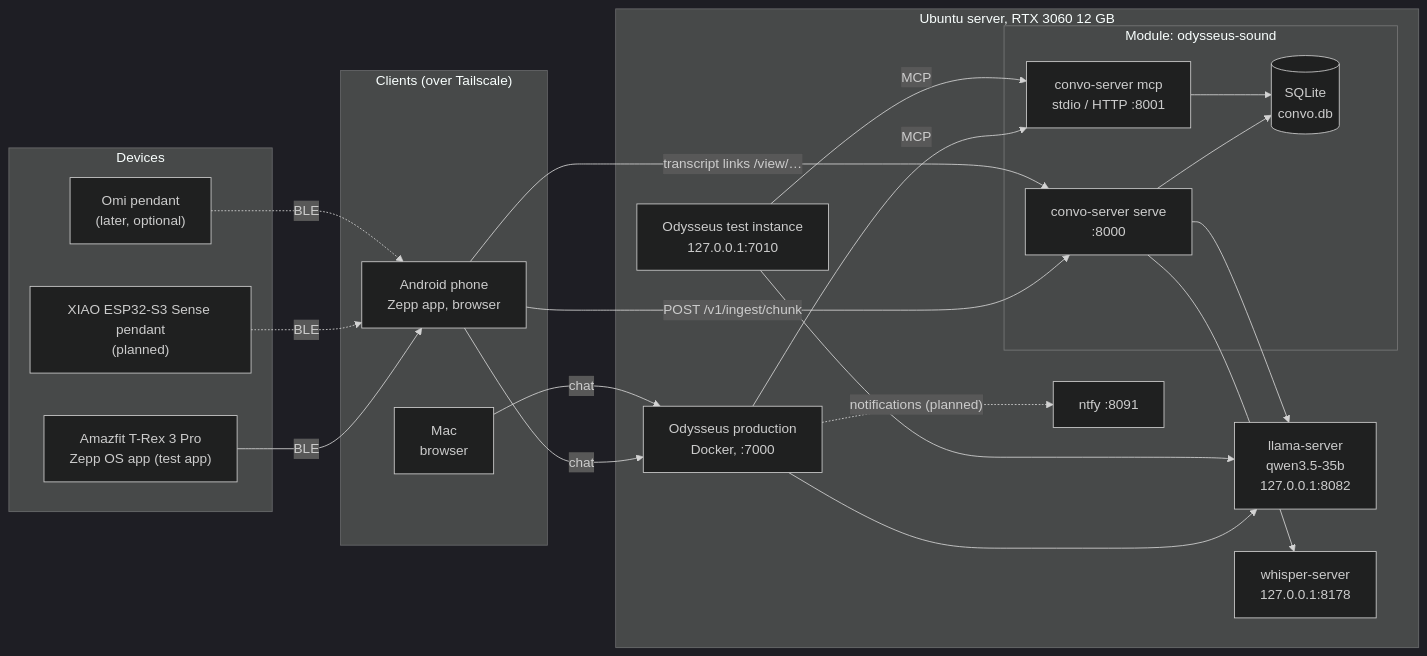
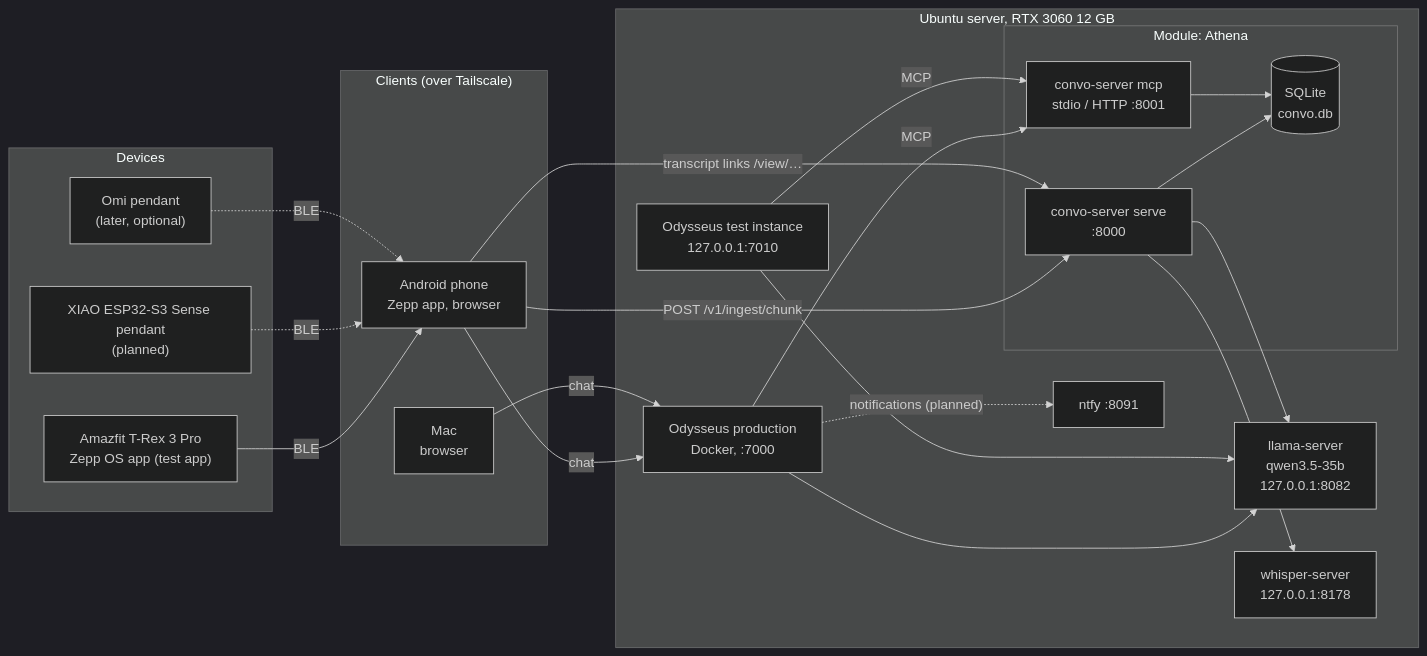
The diagram in docs/fork/architecture.md (SDarioosh/Barvis), drawn with Mermaid (dark theme) before and after one commit. The commit also changed other lines of this file and 54 other files, not shown here.

First line of the commit message:
docs(fork): call the first module Athena (formerly odysseus-sound)

````diff
--- a/docs/fork/architecture.md
+++ b/docs/fork/architecture.md
@@ -6,43 +6,43 @@
 ```mermaid
 flowchart LR
   subgraph Devices
     watch["Amazfit T-Rex 3 Pro<br/>Zepp OS app (test app)"]
     xiao["XIAO ESP32-S3 Sense pendant<br/>(planned)"]
     omi["Omi pendant<br/>(later, optional)"]
   end
 
   subgraph Clients["Clients (over Tailscale)"]
     phone["Android phone<br/>Zepp app, browser"]
     mac["Mac<br/>browser"]
   end
 
   subgraph Server["Ubuntu server, RTX 3060 12 GB"]
     testinst["Odysseus test instance<br/>127.0.0.1:7010"]
     prod["Odysseus production<br/>Docker, :7000"]
-    subgraph sound["Module: odysseus-sound"]
+    subgraph sound["Module: Athena"]
       api["convo-server serve<br/>:8000"]
       mcp["convo-server mcp<br/>stdio / HTTP :8001"]
       db[("SQLite<br/>convo.db")]
     end
     llama["llama-server<br/>qwen3.5-35b<br/>127.0.0.1:8082"]
     whisper["whisper-server<br/>127.0.0.1:8178"]
     ntfy["ntfy :8091"]
   end
 
   watch -- BLE --> phone
   xiao -. BLE .-> phone
   omi -. BLE .-> phone
   phone -- "POST /v1/ingest/chunk" --> api
   api --> whisper
   api --> llama
   api --> db
   mcp --> db
   prod -- MCP --> mcp
   prod --> llama
   testinst -- MCP --> mcp
   testinst --> llama
   phone -- chat --> prod
   mac -- chat --> prod
   phone -- "transcript links /view/…" --> api
   prod -. "notifications (planned)" .-> ntfy
 ```
````
